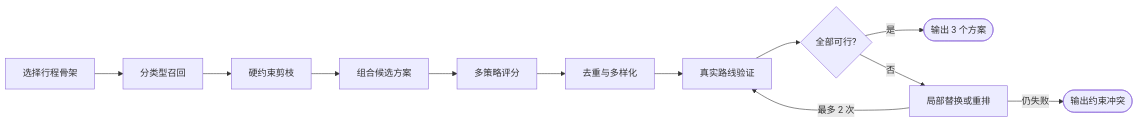
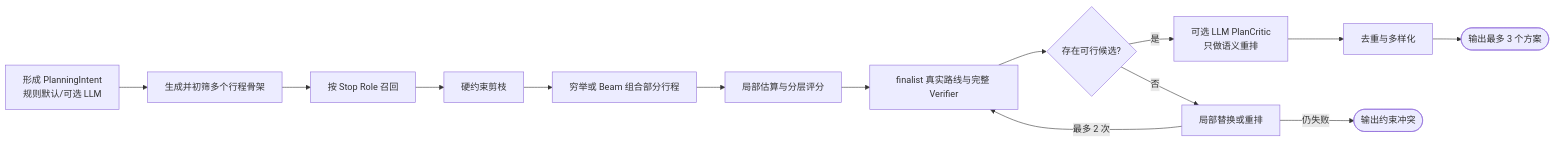
The second of 3 diagrams in docs/canonical/architecture_v2.md (Weekend-Agent-Studio/happyFreeTime), drawn with Mermaid before and after one commit. The commit also changed other lines of this file and 51 other files, not shown here.

````diff
--- a/docs/canonical/architecture_v2.md
+++ b/docs/canonical/architecture_v2.md
@@ -135,15 +135,17 @@
 ```mermaid
 graph LR
 
-    policy[选择行程骨架] --> retrieve[分类型召回]
+    intent[形成 PlanningIntent<br/>规则默认/可选 LLM] --> policy[生成并初筛多个行程骨架]
+    policy --> retrieve[按 Stop Role 召回]
     retrieve --> prune[硬约束剪枝]
-    prune --> combine[组合候选方案]
-    combine --> score[多策略评分]
-    score --> diversify[去重与多样化]
-    diversify --> verify[真实路线验证]
-    verify --> feasible{全部可行?}
-    feasible -->|是| plans([输出 3 个方案])
+    prune --> combine[穷举或 Beam 组合部分行程]
+    combine --> score[局部估算与分层评分]
+    score --> verify[finalist 真实路线与完整 Verifier]
+    verify --> feasible{存在可行候选?}
+    feasible -->|是| critic[可选 LLM PlanCritic<br/>只做语义重排]
+    critic --> diversify[去重与多样化]
+    diversify --> plans([输出最多 3 个方案])
     feasible -->|否| replan[局部替换或重排]
     replan -->|最多 2 次| verify
     replan -->|仍失败| conflict([输出约束冲突])
 ```
````
